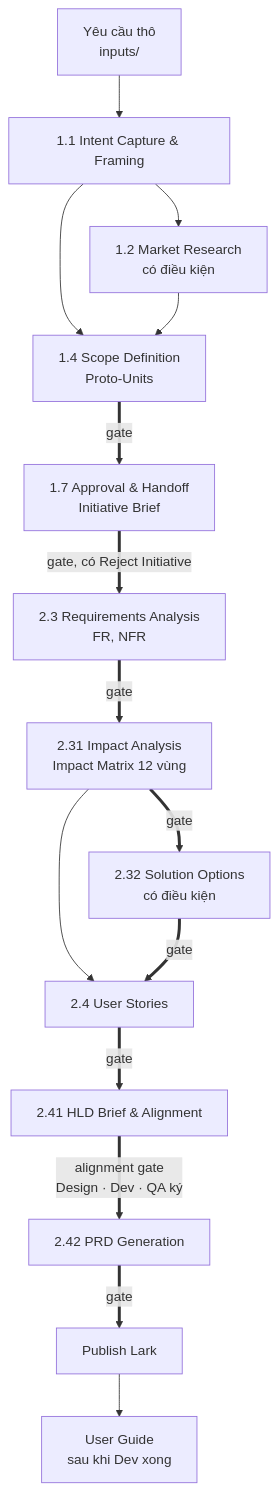
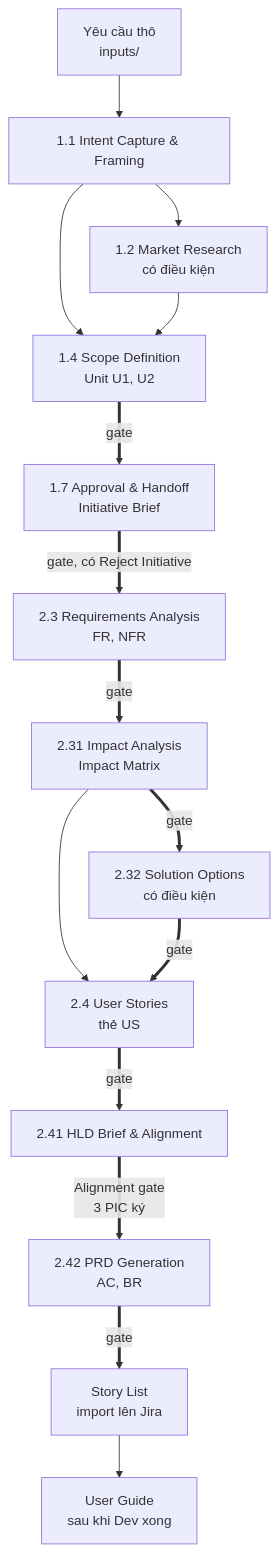
The first of 2 diagrams in README.md (sonhero981/upbase-specs-test), drawn with Mermaid before and after one commit. The commit also changed other lines of this file and 334 other files, not shown here.

First line of the commit message:
Engine 2.1.0: tách engine khỏi .claude, Story List cho Jira, chuẩn bàn giao

````diff
--- a/README.md
+++ b/README.md
@@ -28,17 +75,17 @@
 ```mermaid
 flowchart TD
     IN["Yêu cầu thô<br/>inputs/"] --> S11["1.1 Intent Capture & Framing"]
     S11 --> S12["1.2 Market Research<br/>có điều kiện"]
-    S11 --> S14["1.4 Scope Definition<br/>Proto-Units"]
+    S11 --> S14["1.4 Scope Definition<br/>Unit U1, U2"]
     S12 --> S14
     S14 ==>|"gate"| S17["1.7 Approval & Handoff<br/>Initiative Brief"]
     S17 ==>|"gate, có Reject Initiative"| S23["2.3 Requirements Analysis<br/>FR, NFR"]
-    S23 ==>|"gate"| S231["2.31 Impact Analysis<br/>Impact Matrix 12 vùng"]
+    S23 ==>|"gate"| S231["2.31 Impact Analysis<br/>Impact Matrix"]
     S231 ==>|"gate"| S232["2.32 Solution Options<br/>có điều kiện"]
     S231 --> S24
-    S232 ==>|"gate"| S24["2.4 User Stories"]
+    S232 ==>|"gate"| S24["2.4 User Stories<br/>thẻ US"]
     S24 ==>|"gate"| S241["2.41 HLD Brief & Alignment"]
-    S241 ==>|"alignment gate<br/>Design · Dev · QA ký"| S242["2.42 PRD Generation"]
-    S242 ==>|"gate"| PUB["Publish Lark"]
-    PUB --> UG["User Guide<br/>sau khi Dev xong"]
+    S241 ==>|"Alignment gate<br/>3 PIC ký"| S242["2.42 PRD Generation<br/>AC, BR"]
+    S242 ==>|"gate"| ST["Story List<br/>import lên Jira"]
+    ST --> UG["User Guide<br/>sau khi Dev xong"]
 ```
````
